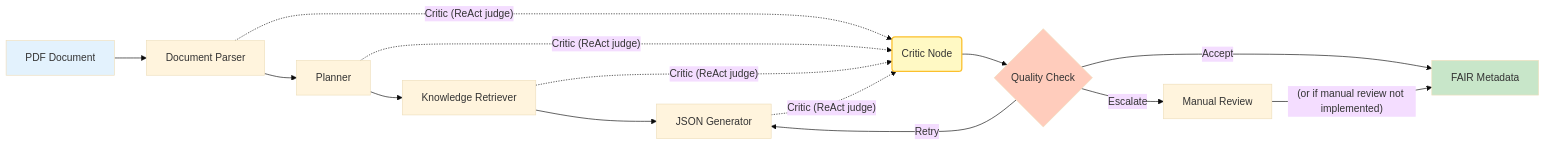
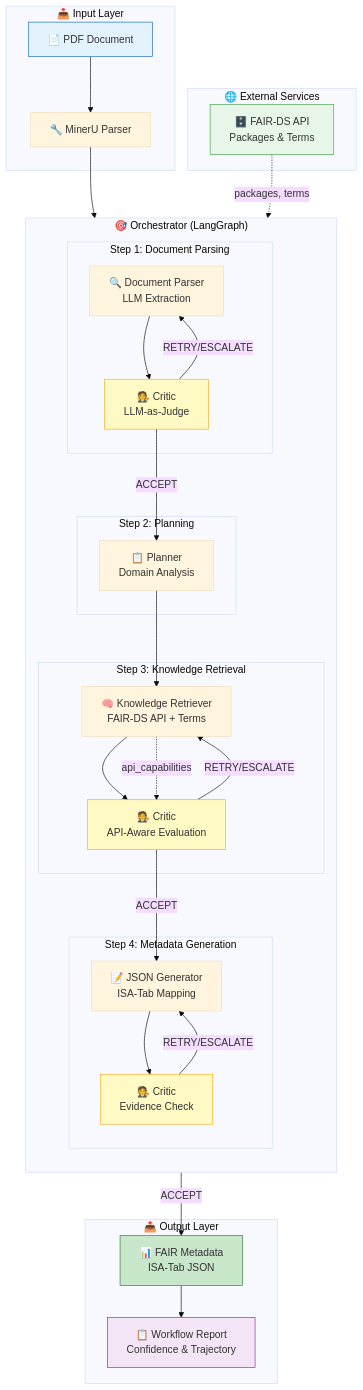
The diagram in README.md (ElderMedic/FAIRiAgent), drawn with Mermaid (base theme) before and after one commit. The commit also changed other lines of this file and 30 other files, not shown here.

````diff
--- a/README.md
+++ b/README.md
@@ -118,25 +120,63 @@
 ```mermaid
-flowchart LR
-    A[PDF Document] --> B[Document Parser]
-    B --> C[Planner]
-    C --> D[Knowledge Retriever]
-    D --> E[JSON Generator]
-
-    %% Critic acts after each agent step
-    B -. Critic (ReAct judge) .-> F(Critic Node)
-    C -. Critic (ReAct judge) .-> F
-    D -. Critic (ReAct judge) .-> F
-    E -. Critic (ReAct judge) .-> F
-
-    F --> G{Quality Check}
-    G -- Accept --> H[FAIR Metadata]
-    G -- Retry --> E
-    G -- Escalate --> I[Manual Review]
-    I -- (or if manual review not implemented) --> H[FAIR Metadata]
-
-    %% Critic oversees the whole agent workflow
-    style F fill:#fff9c4,stroke:#fbc02d,stroke-width:2px
-    style A fill:#e3f2fd
-    style H fill:#c8e6c9
-    style G fill:#ffccbc
+flowchart TD
+    subgraph INPUT["📥 Input Layer"]
+        A[📄 PDF Document]
+        M[🔧 MinerU Parser]
+        A --> M
+    end
+    
+    subgraph ORCHESTRATOR["🎯 Orchestrator (LangGraph)"]
+        direction TB
+        
+        subgraph PARSE["Step 1: Document Parsing"]
+            B[🔍 Document Parser<br/>LLM Extraction]
+            C1[🧑‍⚖️ Critic<br/>LLM-as-Judge]
+            B --> C1
+        end
+        
+        subgraph PLAN["Step 2: Planning"]
+            D[📋 Planner<br/>Domain Analysis]
+        end
+        
+        subgraph RETRIEVE["Step 3: Knowledge Retrieval"]
+            E[🧠 Knowledge Retriever<br/>FAIR-DS API + Terms]
+            C2[🧑‍⚖️ Critic<br/>API-Aware Evaluation]
+            E --> C2
+        end
+        
+        subgraph GENERATE["Step 4: Metadata Generation"]
+            F[📝 JSON Generator<br/>ISA-Tab Mapping]
+            C3[🧑‍⚖️ Critic<br/>Evidence Check]
+            F --> C3
+        end
+    end
+    
+    subgraph EXTERNAL["🌐 External Services"]
+        API[🗄️ FAIR-DS API<br/>Packages & Terms]
+    end
+    
+    subgraph OUTPUT["📤 Output Layer"]
+        H[📊 FAIR Metadata<br/>ISA-Tab JSON]
+        R[📋 Workflow Report<br/>Confidence & Trajectory]
+    end
+    
+    M --> B
+    C1 -->|ACCEPT| D
+    C1 -->|RETRY/ESCALATE| B
+    D --> E
+    API -.->|packages, terms| E
+    E -.->|api_capabilities| C2
+    C2 -->|ACCEPT| F
+    C2 -->|RETRY/ESCALATE| E
+    C3 -->|ACCEPT| H
+    C3 -->|RETRY/ESCALATE| F
+    H --> R
+    
+    style A fill:#e3f2fd,stroke:#1565c0
+    style H fill:#c8e6c9,stroke:#2e7d32
+    style C1 fill:#fff9c4,stroke:#f9a825
+    style C2 fill:#fff9c4,stroke:#f9a825
+    style C3 fill:#fff9c4,stroke:#f9a825
+    style API fill:#e8f5e9,stroke:#43a047
+    style R fill:#f3e5f5,stroke:#8e24aa
 ```
````
